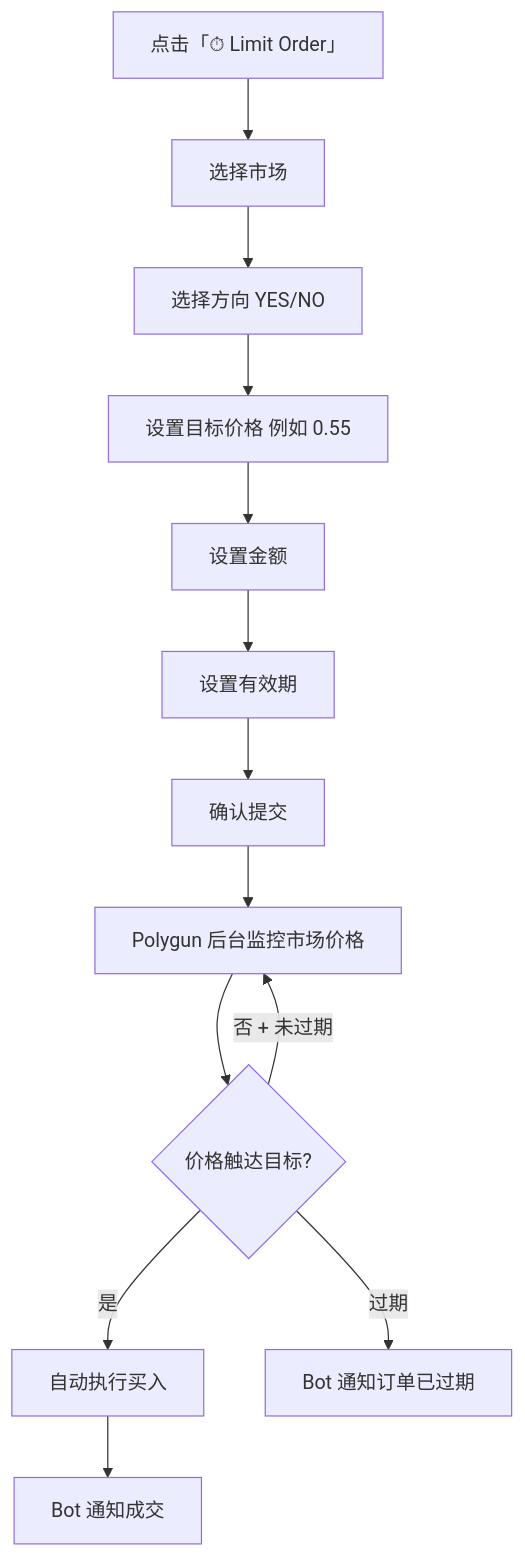
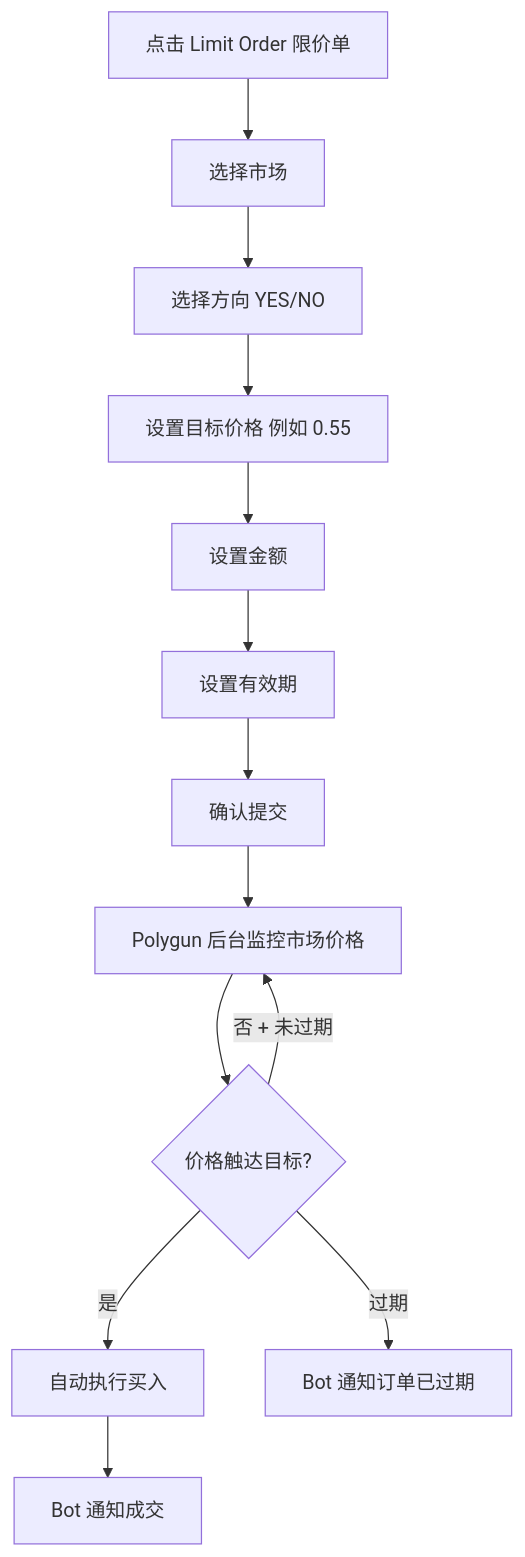
One commit to survivorff/polymarket_research changed the fifth of 16 diagrams in research/04_polygun/analysis.md. Above: the diagram before and after it, drawn with Mermaid. The commit also changed other lines of this file and 11 other files, not shown here.

First line of the commit message:
修复所有 Mermaid 语法错误，确保流程图可正常渲染

````diff
--- a/research/04_polygun/analysis.md
+++ b/research/04_polygun/analysis.md
@@ -161,15 +161,15 @@
 ```mermaid
 flowchart TD
-    A[点击「⏱ Limit Order」] --> B[选择市场]
+    A[点击 Limit Order 限价单] --> B[选择市场]
     B --> C[选择方向 YES/NO]
     C --> D[设置目标价格 例如 0.55]
     D --> E[设置金额]
     E --> F[设置有效期]
     F --> G[确认提交]
     G --> H[Polygun 后台监控市场价格]
     H --> I{价格触达目标?}
     I -->|是| J[自动执行买入]
     J --> K[Bot 通知成交]
     I -->|否 + 未过期| H
     I -->|过期| L[Bot 通知订单已过期]
 ```
````
